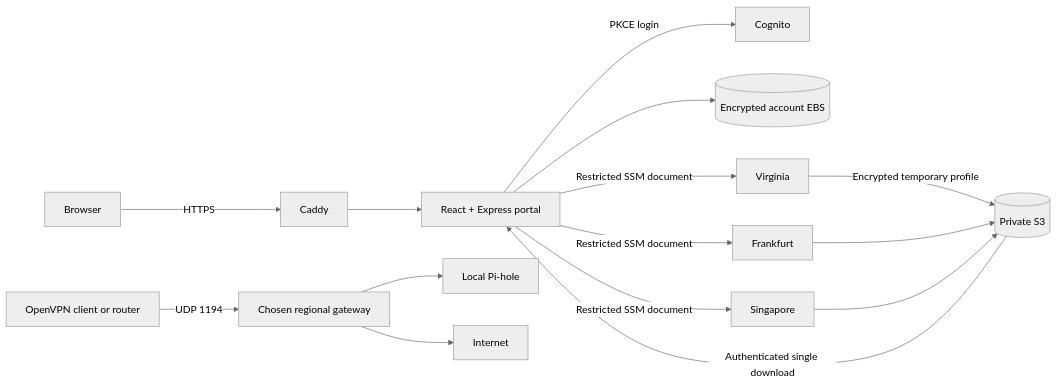
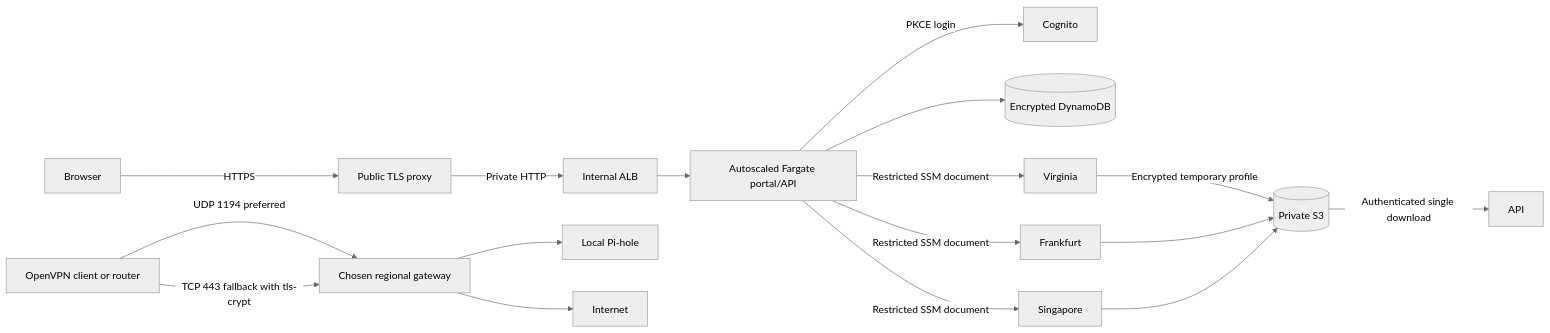
One commit to TantalusDenton/NavalnyVPN changed the diagram in docs/deployment.md. Above: the diagram before and after it, drawn with Mermaid (neutral theme). The commit also changed other lines of this file and 23 other files, not shown here.

Commit message:
Add autoscaled Fargate portal and OpenVPN TCP fallback

````diff
--- a/docs/deployment.md
+++ b/docs/deployment.md
@@ -5,17 +5,19 @@
 ```mermaid
 flowchart LR
-  Browser -->|HTTPS| Caddy
-  Caddy --> API[React + Express portal]
-  API -->|PKCE login| Cognito
-  API --> SQLite[(Encrypted account EBS)]
-  API -->|Restricted SSM document| Virginia
-  API -->|Restricted SSM document| Frankfurt
-  API -->|Restricted SSM document| Singapore
+  Browser -->|HTTPS| Caddy[Public TLS proxy]
+  Caddy -->|Private HTTP| ALB[Internal ALB]
+  ALB --> ECS[Autoscaled Fargate portal/API]
+  ECS -->|PKCE login| Cognito
+  ECS --> Dynamo[(Encrypted DynamoDB)]
+  ECS -->|Restricted SSM document| Virginia
+  ECS -->|Restricted SSM document| Frankfurt
+  ECS -->|Restricted SSM document| Singapore
   Virginia -->|Encrypted temporary profile| S3[(Private S3)]
   Frankfurt --> S3
   Singapore --> S3
   S3 -->|Authenticated single download| API
-  Client[OpenVPN client or router] -->|UDP 1194| Gateway[Chosen regional gateway]
+  Client[OpenVPN client or router] -->|UDP 1194 preferred| Gateway[Chosen regional gateway]
+  Client -->|TCP 443 fallback with tls-crypt| Gateway
   Gateway --> PiHole[Local Pi-hole]
   Gateway --> Internet
 ```
````
